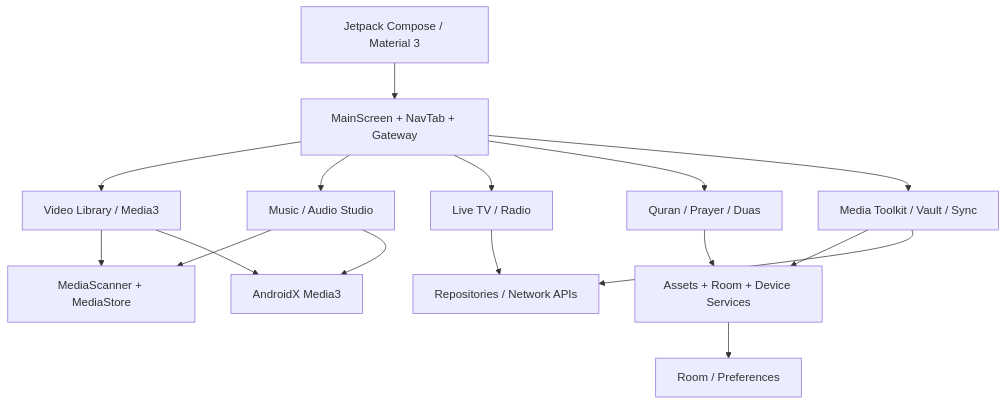
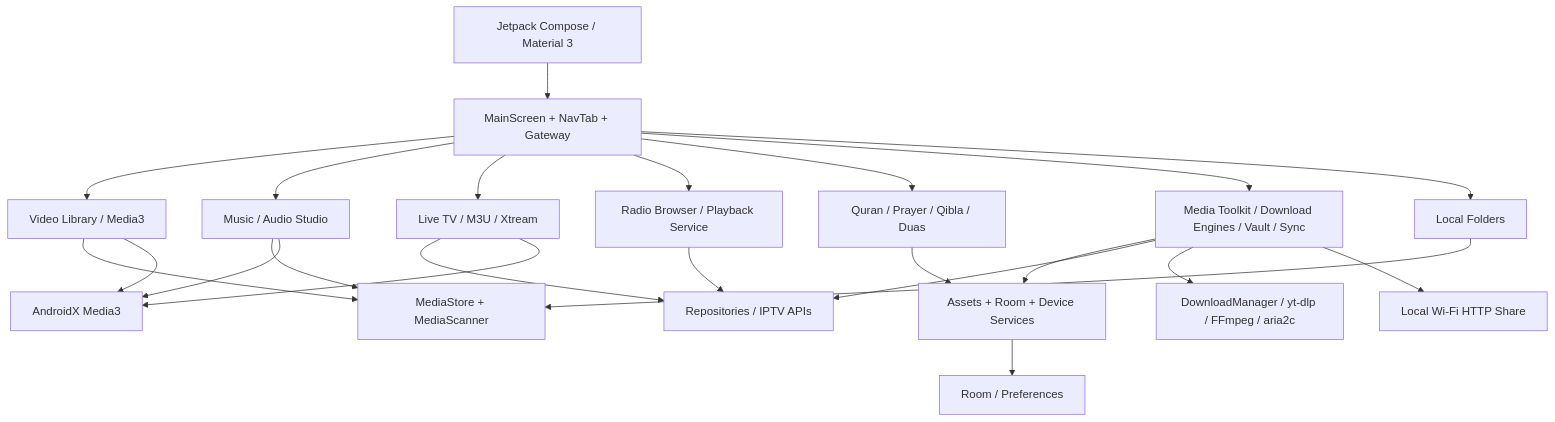
Before and after one commit to ibra8y3-web/CinemaX-Player: the third of 3 diagrams in README.md, drawn with Mermaid. The commit also changed other lines of this file, not shown here.

Commit message:
docs: refresh README for IPTV and media tools

```diff
--- a/README.md
+++ b/README.md
@@ -181,23 +232,28 @@
 ~~~mermaid
 flowchart TB
-    UI["Jetpack Compose / Material 3"]
-    NAV["MainScreen + NavTab + Gateway"]
-    UI --> NAV
+    UI["Jetpack Compose / Material 3"] --> NAV["MainScreen + NavTab + Gateway"]
 
     NAV --> VIDEO["Video Library / Media3"]
     NAV --> AUDIO["Music / Audio Studio"]
-    NAV --> LIVE["Live TV / Radio"]
-    NAV --> ISLAMIC["Quran / Prayer / Duas"]
-    NAV --> TOOLS["Media Toolkit / Vault / Sync"]
+    NAV --> LIVE["Live TV / M3U / Xtream"]
+    NAV --> RADIO["Radio Browser / Playback Service"]
+    NAV --> ISLAMIC["Quran / Prayer / Qibla / Duas"]
+    NAV --> TOOLS["Media Toolkit / Download Engines / Vault / Sync"]
+    NAV --> FOLDERS["Local Folders"]
 
-    VIDEO --> MEDIA["MediaScanner + MediaStore"]
+    VIDEO --> MEDIA["MediaStore + MediaScanner"]
     AUDIO --> MEDIA
-    LIVE --> NET["Repositories / Network APIs"]
+    LIVE --> NET["Repositories / IPTV APIs"]
+    RADIO --> NET
     ISLAMIC --> LOCAL["Assets + Room + Device Services"]
     TOOLS --> LOCAL
     TOOLS --> NET
+    FOLDERS --> MEDIA
 
     LOCAL --> DB["Room / Preferences"]
     VIDEO --> ENGINE["AndroidX Media3"]
     AUDIO --> ENGINE
+    LIVE --> ENGINE
+    TOOLS --> DL["DownloadManager / yt-dlp / FFmpeg / aria2c"]
+    TOOLS --> SHARE["Local Wi-Fi HTTP Share"]
 ~~~
```
